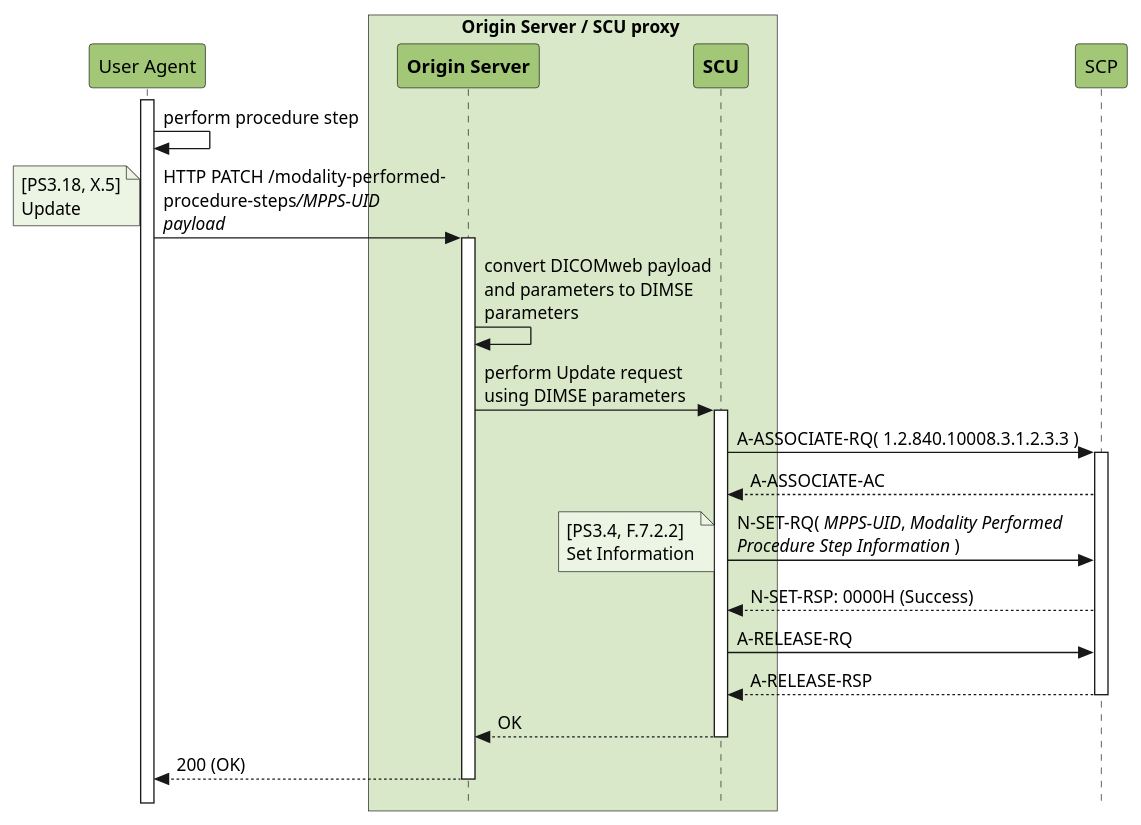
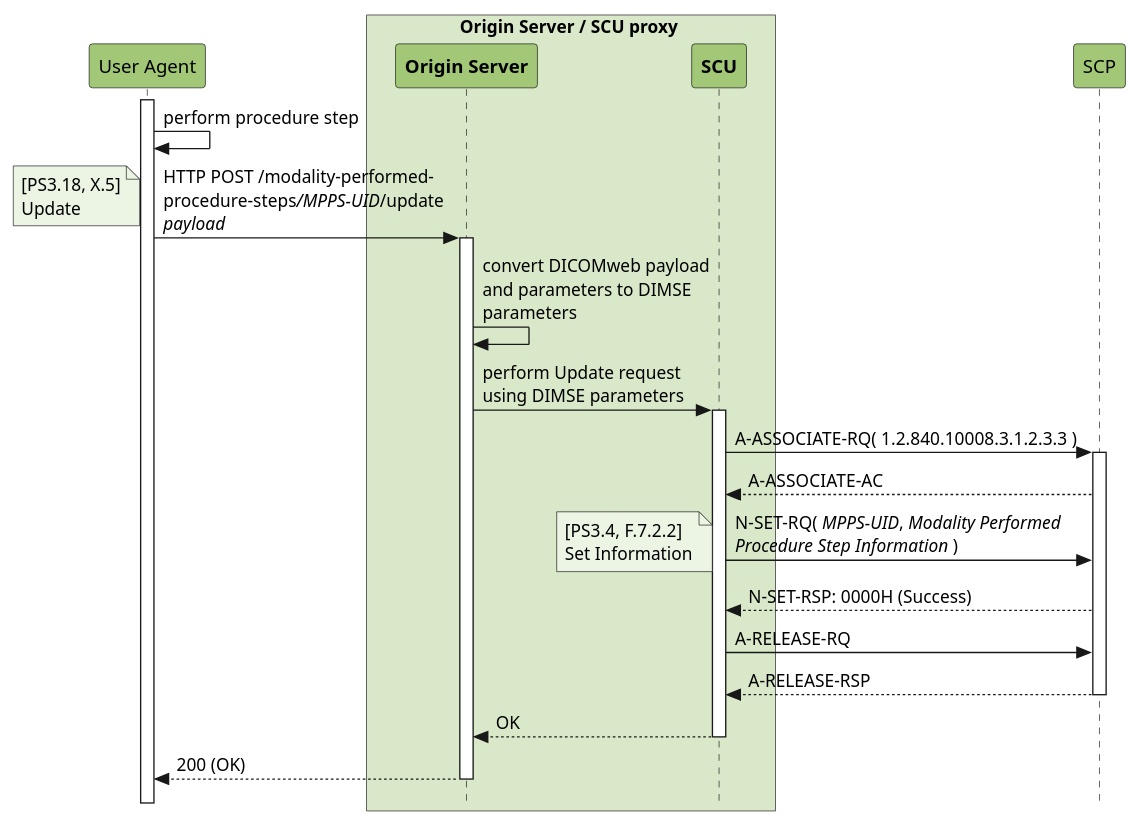
Before and after one commit to krotz-dieter/dicomweb-dmwl-mpps: the diagram in 47-OS-SCU proxy Update.plantuml, drawn with PlantUML. The commit also changed 5 other files, not shown here.

Commit message:
Final text versions of documents and diagrams.

```diff
--- a/47-OS-SCU proxy Update.plantuml
+++ b/47-OS-SCU proxy Update.plantuml
@@ -1,34 +1,34 @@
 @startuml OS-SCU Proxy
 !pragma teoz true
 skinparam style strictuml
 hide footbox
 
 participant "User Agent" as UA #a2c777
 box Origin Server / SCU proxy #d9e8c8
   participant "**Origin Server**" as OS #a2c777
   participant "**SCU**" as SCU #a2c777
 end box
 participant "SCP" as SCP #a2c777
 
 activate UA
 UA -> UA: perform procedure step
-UA -> OS: HTTP PATCH /modality-performed-\nprocedure-steps///MPPS-UID//\n//payload//
+UA -> OS: HTTP POST /modality-performed-\nprocedure-steps///MPPS-UID///update\n//payload//
 activate OS
 note left #ecf4e4: [PS3.18, X.5]\nUpdate
 OS -> OS: convert DICOMweb payload\nand parameters to DIMSE\nparameters
 OS -> SCU: perform Update request\nusing DIMSE parameters
 activate SCU
 SCU -> SCP: A-ASSOCIATE-RQ( 1.2.840.10008.3.1.2.3.3 )
 activate SCP
 SCU <-- SCP: A-ASSOCIATE-AC
 SCU -> SCP: N-SET-RQ( //MPPS-UID//, //Modality Performed//\n//Procedure Step Information// )
 note left #ecf4e4: [PS3.4, F.7.2.2]\nSet Information
 SCU <-- SCP: N-SET-RSP: 0000H (Success)
 SCU -> SCP: A-RELEASE-RQ
 SCU <-- SCP: A-RELEASE-RSP
 deactivate SCP
 OS <-- SCU: OK
 deactivate SCU
 UA <-- OS: 200 (OK)
 deactivate OS
 @enduml
```
